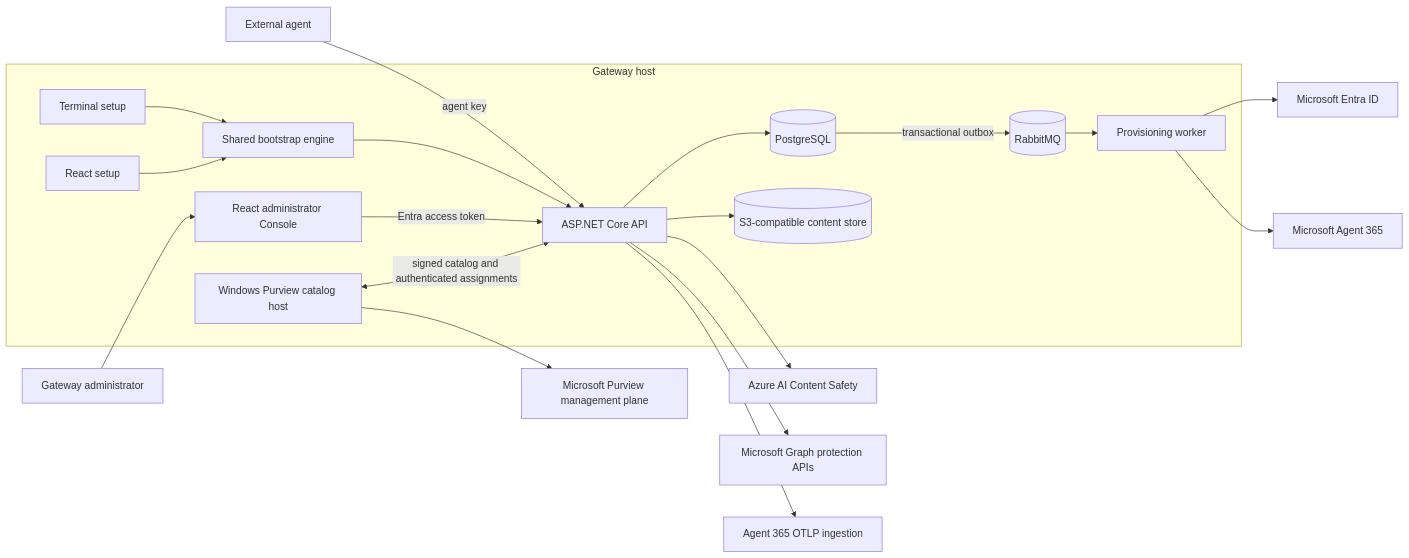
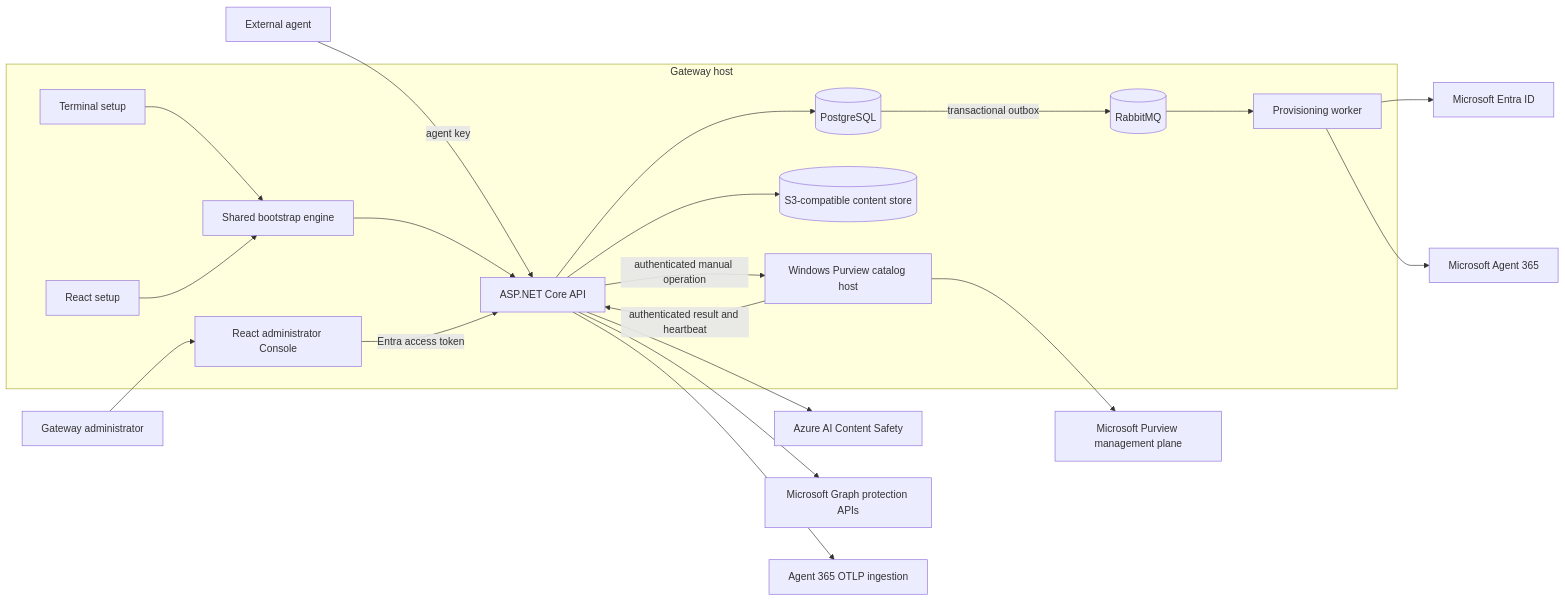
One commit to patrick-shim/a365-custom-gateway changed the first of 3 diagrams in README.md. Above: the diagram before and after it, drawn with Mermaid. The commit also changed other lines of this file and 77 other files, not shown here.

````diff
--- a/README.md
+++ b/README.md
@@ -55,33 +70,34 @@
 ```mermaid
 flowchart LR
     subgraph Host[Gateway host]
         TUI[Terminal setup]
         GUI[React setup]
         Boot[Shared bootstrap engine]
         Console[React administrator Console]
         API[ASP.NET Core API]
         Worker[Provisioning worker]
         DB[(PostgreSQL)]
         MQ[(RabbitMQ)]
         S3[(S3-compatible content store)]
         PH[Windows Purview catalog host]
     end
 
     External[External agent] -->|agent key| API
     Admin[Gateway administrator] --> Console
     TUI --> Boot
     GUI --> Boot
     Boot --> API
     Console -->|Entra access token| API
     API --> DB
     API --> S3
     DB -->|transactional outbox| MQ
     MQ --> Worker
     Worker --> Entra[Microsoft Entra ID]
     Worker --> A365[Microsoft Agent 365]
     API --> Shield[Azure AI Content Safety]
     API --> Graph[Microsoft Graph protection APIs]
     API --> OTel[Agent 365 OTLP ingestion]
     PH --> Purview[Microsoft Purview management plane]
-    PH <-->|signed catalog and authenticated assignments| API
+    API -->|authenticated manual operation| PH
+    PH -->|authenticated result and heartbeat| API
 ```
````
